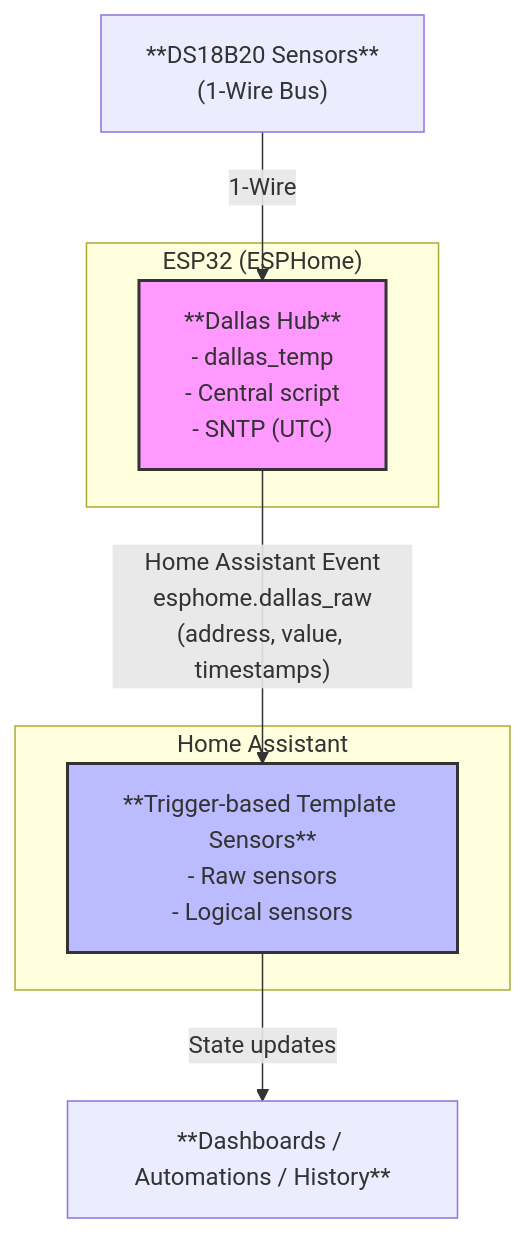
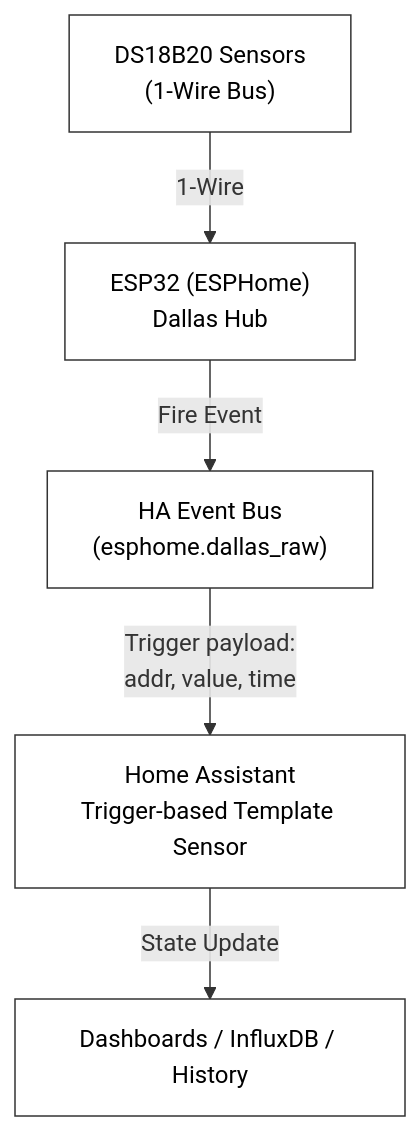
The diagram in README.md (oh4kpn/esphome-dallas-hub), drawn with Mermaid before and after one commit. The commit also changed other lines of this file, not shown here.

````diff
--- a/README.md
+++ b/README.md
@@ -47,22 +47,19 @@
 ```mermaid
 graph TD
-    A["**DS18B20 Sensors**<br/>(1-Wire Bus)"]
-    
-    A -- "1-Wire" --> B
-    
-    subgraph ESP32 ["ESP32 (ESPHome)"]
-        B["**Dallas Hub**<br/>- dallas_temp<br/>- Central script<br/>- SNTP (UTC)"]
-    end
-    
-    B -- "Home Assistant Event<br/>esphome.dallas_raw<br/>(address, value, timestamps)" --> C
-    
-    subgraph HA ["Home Assistant"]
-        C["**Trigger-based Template Sensors**<br/>- Raw sensors<br/>- Logical sensors"]
-    end
-    
-    C -- "State updates" --> D["**Dashboards / Automations / History**"]
+    %% Määritellään solmut
+    Sensor["DS18B20 Sensors<br/>(1-Wire Bus)"]
+    ESP["ESP32 (ESPHome)<br/>Dallas Hub"]
+    Event["HA Event Bus<br/>(esphome.dallas_raw)"]
+    HA["Home Assistant<br/>Trigger-based Template Sensor"]
+    UI["Dashboards / InfluxDB / History"]
 
-    %% Tyylittelyä
-    style B fill:#f9f,stroke:#333,stroke-width:2px
-    style C fill:#bbf,stroke:#333,stroke-width:2px
+    %% Reitit
+    Sensor -- "1-Wire" --> ESP
+    ESP -- "Fire Event" --> Event
+    Event -- "Trigger payload:<br/>addr, value, time" --> HA
+    HA -- "State Update" --> UI
+
+    %% Hillitty tyylittely (valinnainen, toimii ilmankin)
+    classDef plain fill:#fff,stroke:#333,stroke-width:1px,color:#000;
+    class Sensor,ESP,Event,HA,UI plain
 ```
````
